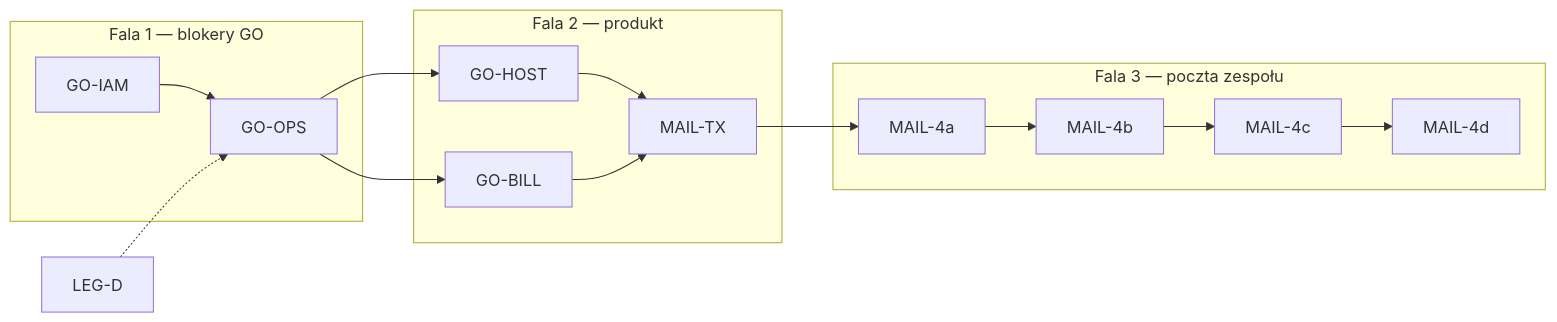
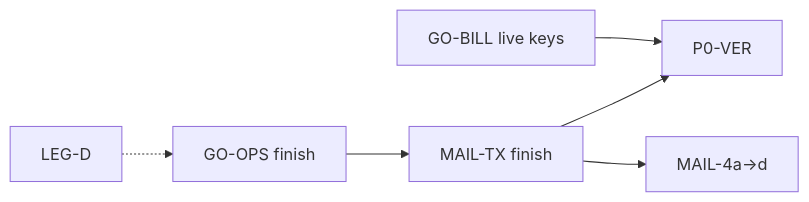
Before and after one commit to dominik-hvln/verris: the diagram in docs/HOSTING_LAUNCH_TASKS.md, drawn with Mermaid. The commit also changed other lines of this file and 22 other files, not shown here.

````diff
--- a/docs/HOSTING_LAUNCH_TASKS.md
+++ b/docs/HOSTING_LAUNCH_TASKS.md
@@ -54,26 +122,14 @@
 ```mermaid
 flowchart LR
-  subgraph wave1 [Fala 1 — blokery GO]
-    IAM[GO-IAM]
-    OPS[GO-OPS]
-  end
-  subgraph wave2 [Fala 2 — produkt]
-    HOST[GO-HOST]
-    BILL[GO-BILL]
-    MTX[MAIL-TX]
-  end
-  subgraph wave3 [Fala 3 — poczta zespołu]
-    M4a[MAIL-4a]
-    M4b[MAIL-4b]
-    M4c[MAIL-4c]
-    M4d[MAIL-4d]
-  end
+  OPS[GO-OPS finish]
+  MTX[MAIL-TX finish]
   LEG[LEG-D]
-  IAM --> OPS
-  OPS --> HOST
-  OPS --> BILL
-  HOST --> MTX
-  BILL --> MTX
-  MTX --> M4a --> M4b --> M4c --> M4d
+  BILL[GO-BILL live keys]
+  VER[P0-VER]
+  M4[MAIL-4a→d]
+  OPS --> MTX
+  MTX --> VER
   LEG -.-> OPS
+  BILL --> VER
+  MTX --> M4
 ```
````
